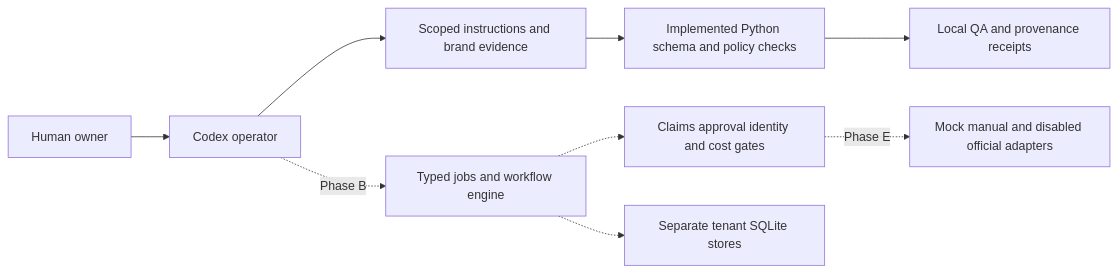
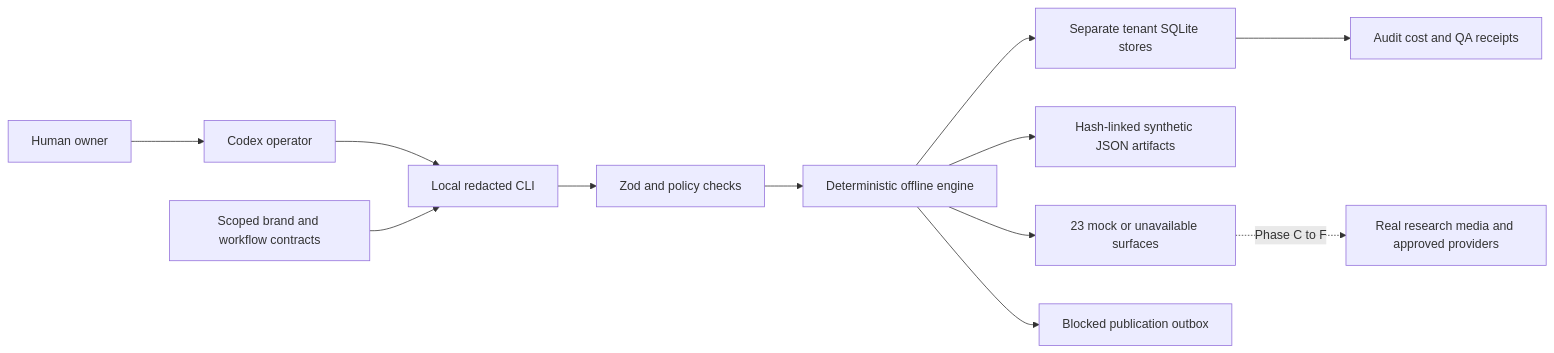
The diagram in docs/ARCHITECTURE.md (mAsyamJ/gtm-os), drawn with Mermaid before and after one commit. The commit also changed other lines of this file and 56 other files, not shown here.

Commit message:
feat: implement Phase B offline core storage and CLI

````diff
--- a/docs/ARCHITECTURE.md
+++ b/docs/ARCHITECTURE.md
@@ -21,11 +21,14 @@
 ```mermaid
 flowchart LR
   Owner[Human owner] --> Operator[Codex operator]
-  Operator --> Contracts[Scoped instructions and brand evidence]
-  Contracts --> Validation[Implemented Python schema and policy checks]
-  Validation --> Receipts[Local QA and provenance receipts]
-  Operator -. Phase B .-> Engine[Typed jobs and workflow engine]
-  Engine -.-> Policy[Claims approval identity and cost gates]
-  Engine -.-> Storage[Separate tenant SQLite stores]
-  Policy -. Phase E .-> Adapters[Mock manual and disabled official adapters]
+  Operator --> CLI[Local redacted CLI]
+  Contracts[Scoped brand and workflow contracts] --> CLI
+  CLI --> Schemas[Zod and policy checks]
+  Schemas --> Engine[Deterministic offline engine]
+  Engine --> Storage[Separate tenant SQLite stores]
+  Engine --> Fixtures[Hash-linked synthetic JSON artifacts]
+  Engine --> Mocks[23 mock or unavailable surfaces]
+  Engine --> Gate[Blocked publication outbox]
+  Storage --> Receipts[Audit cost and QA receipts]
+  Mocks -. Phase C to F .-> Future[Real research media and approved providers]
 ```
````
